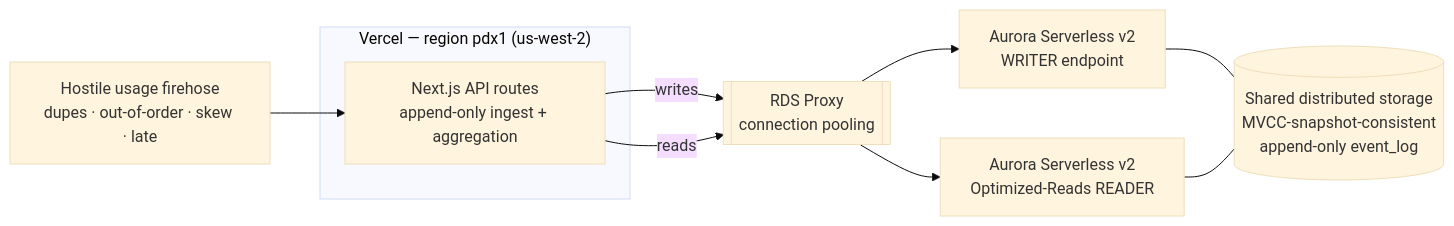
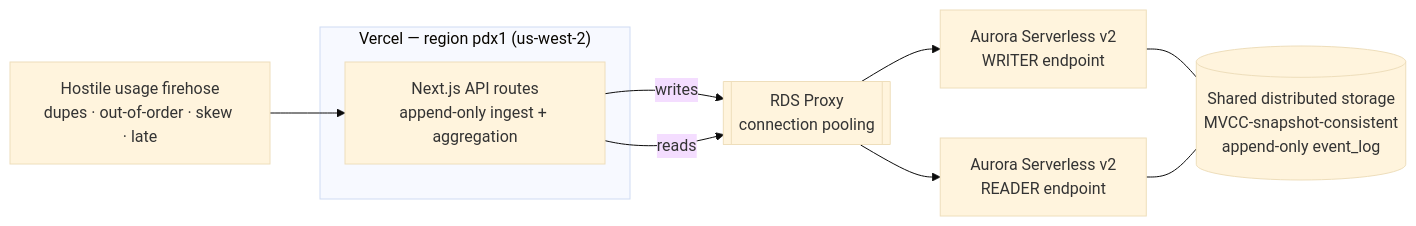
Before and after one commit to Jeremiah-Sakuda/Thabiti: the diagram in README.md, drawn with Mermaid (base theme). The commit also changed other lines of this file and 6 other files, not shown here.

First line of the commit message:
docs+evidence: capture live-Aurora proof; honest cost + Optimized-Reads wording

````diff
--- a/README.md
+++ b/README.md
@@ -101,13 +126,13 @@
 ```mermaid
 flowchart LR
   FH["Hostile usage firehose<br/>dupes · out-of-order · skew · late"] --> V
   subgraph VRC["Vercel — region pdx1 (us-west-2)"]
     V["Next.js API routes<br/>append-only ingest + aggregation"]
   end
   V -->|"writes"| RP[["RDS Proxy<br/>connection pooling"]]
   V -->|"reads"| RP
   RP --> W["Aurora Serverless v2<br/>WRITER endpoint"]
-  RP --> R["Aurora Serverless v2<br/>Optimized-Reads READER"]
+  RP --> R["Aurora Serverless v2<br/>READER endpoint"]
   W --- S[("Shared distributed storage<br/>MVCC-snapshot-consistent<br/>append-only event_log")]
   R --- S
 ```
````
